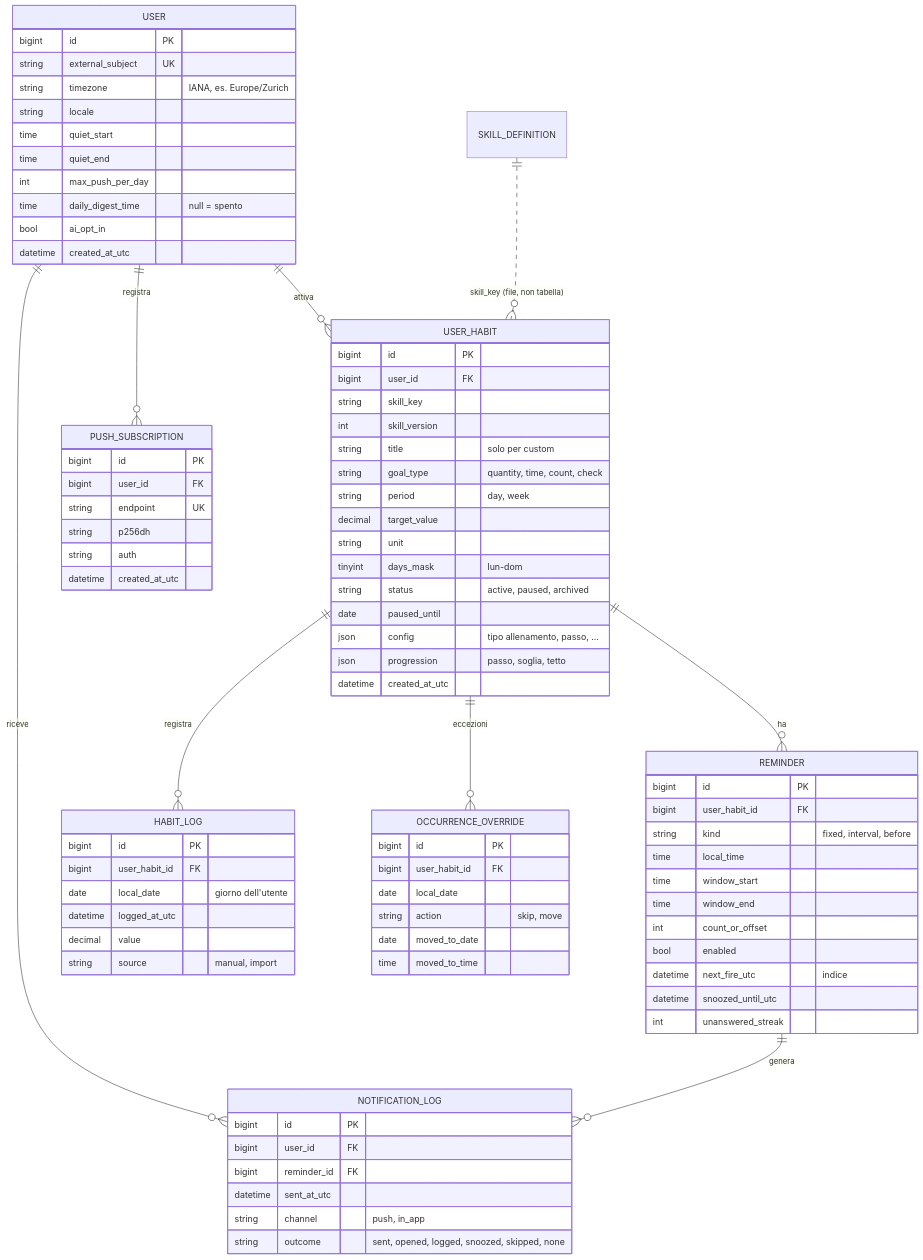
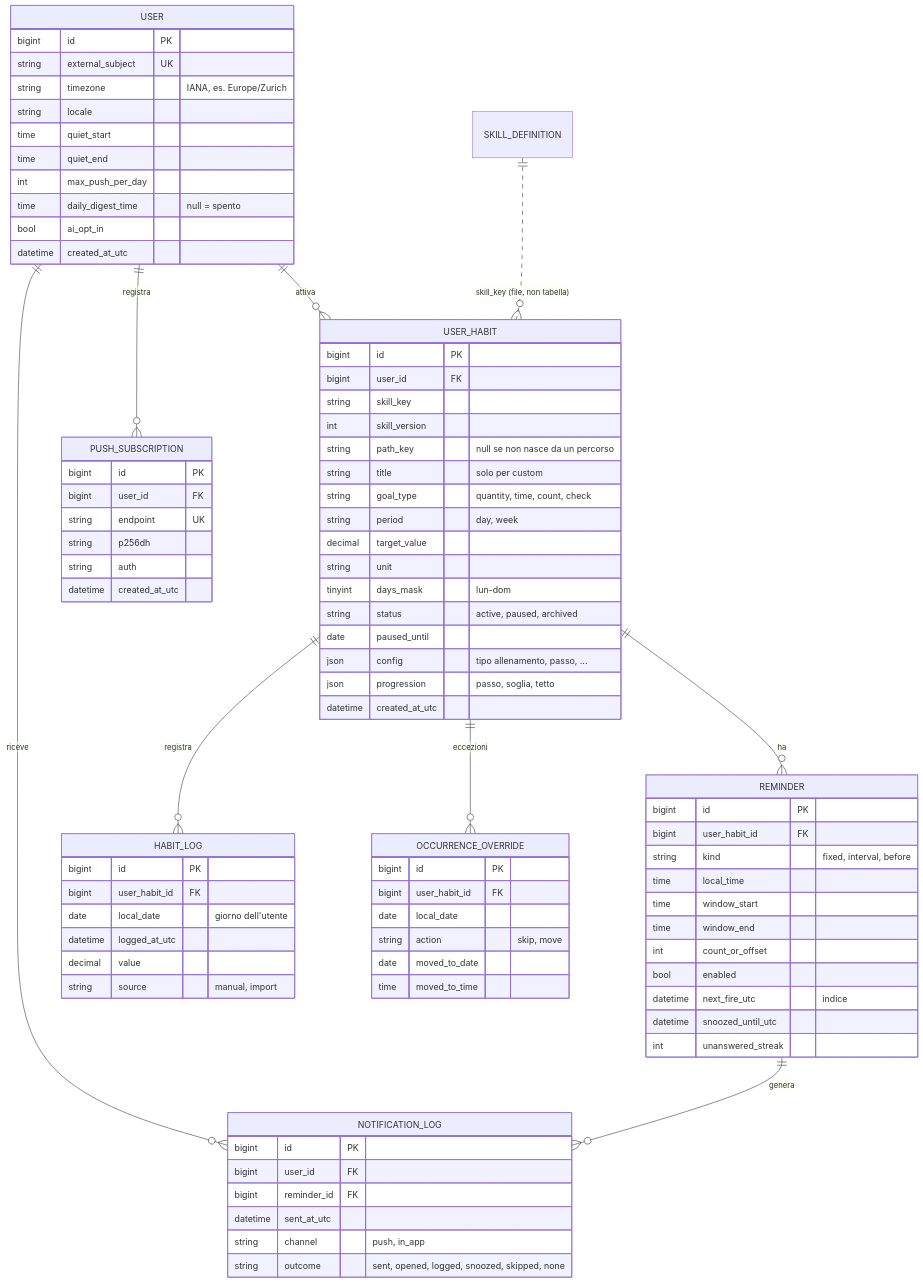
One commit to d-lalla/good-habits changed the second of 3 diagrams in docs/analisi-good-habits.md. Above: the diagram before and after it, drawn with Mermaid. The commit also changed other lines of this file, not shown here.

```diff
--- a/docs/analisi-good-habits.md
+++ b/docs/analisi-good-habits.md
@@ -249,6 +289,7 @@
         bigint user_id FK
         string skill_key
         int skill_version
+        string path_key "null se non nasce da un percorso"
         string title "solo per custom"
         string goal_type "quantity, time, count, check"
         string period "day, week"
```
